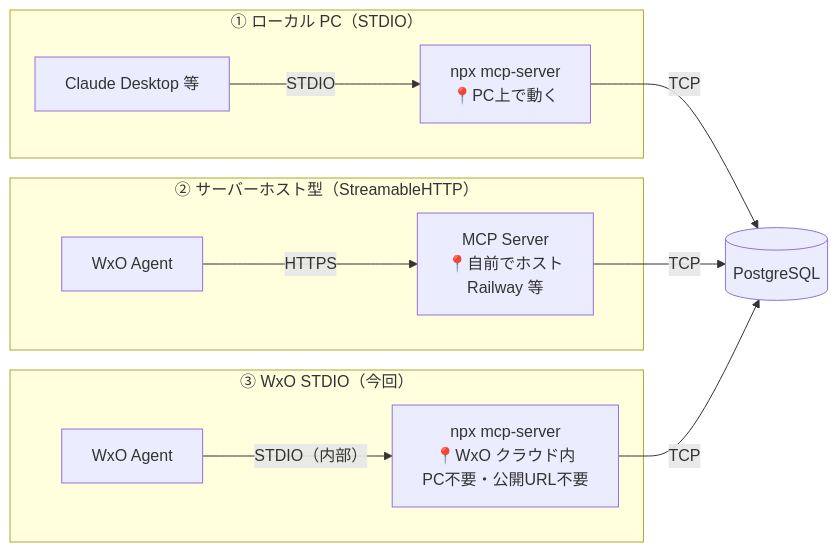
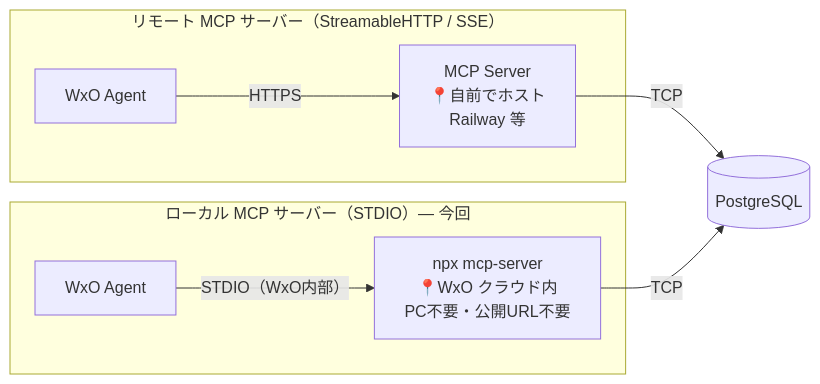
Before and after one commit to matsuo-iguazu/wxo-mcp-lab: the diagram in 01_postgres-mcp/blog.md, drawn with Mermaid. The commit also changed other lines of this file and 3 other files, not shown here.

````diff
--- a/01_postgres-mcp/blog.md
+++ b/01_postgres-mcp/blog.md
@@ -25,15 +25,11 @@
 ```mermaid
 flowchart LR
-  subgraph p1["① ローカル PC（STDIO）"]
-    A["Claude Desktop 等"] -->|STDIO| B["npx mcp-server\n📍PC上で動く"]
-  end
-  subgraph p2["② サーバーホスト型（StreamableHTTP）"]
+  subgraph p2["リモート MCP サーバー（StreamableHTTP / SSE）"]
     C["WxO Agent"] -->|HTTPS| D["MCP Server\n📍自前でホスト\nRailway 等"]
   end
-  subgraph p3["③ WxO STDIO（今回）"]
-    E["WxO Agent"] -->|"STDIO（内部）"| F["npx mcp-server\n📍WxO クラウド内\nPC不要・公開URL不要"]
+  subgraph p3["ローカル MCP サーバー（STDIO）— 今回"]
+    E["WxO Agent"] -->|"STDIO（WxO内部）"| F["npx mcp-server\n📍WxO クラウド内\nPC不要・公開URL不要"]
   end
-  B -->|TCP| PG[("PostgreSQL")]
-  D -->|TCP| PG
+  D -->|TCP| PG[("PostgreSQL")]
   F -->|TCP| PG
 ```
````
